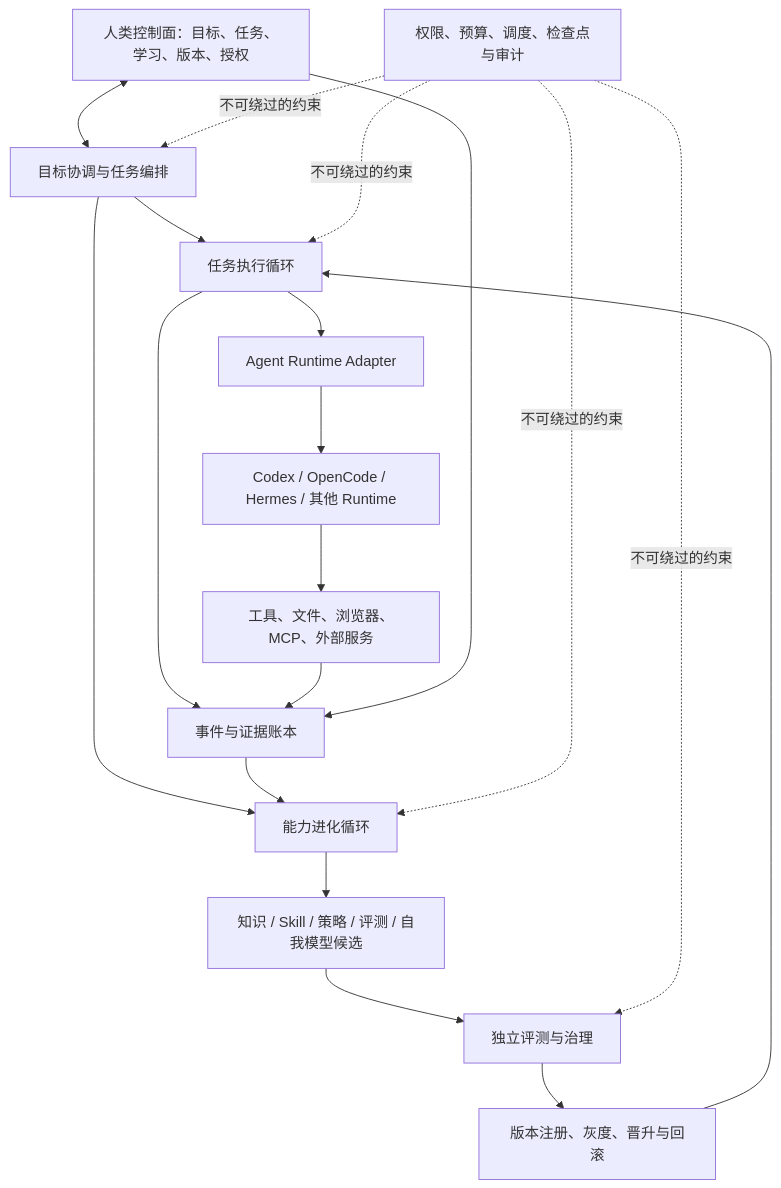
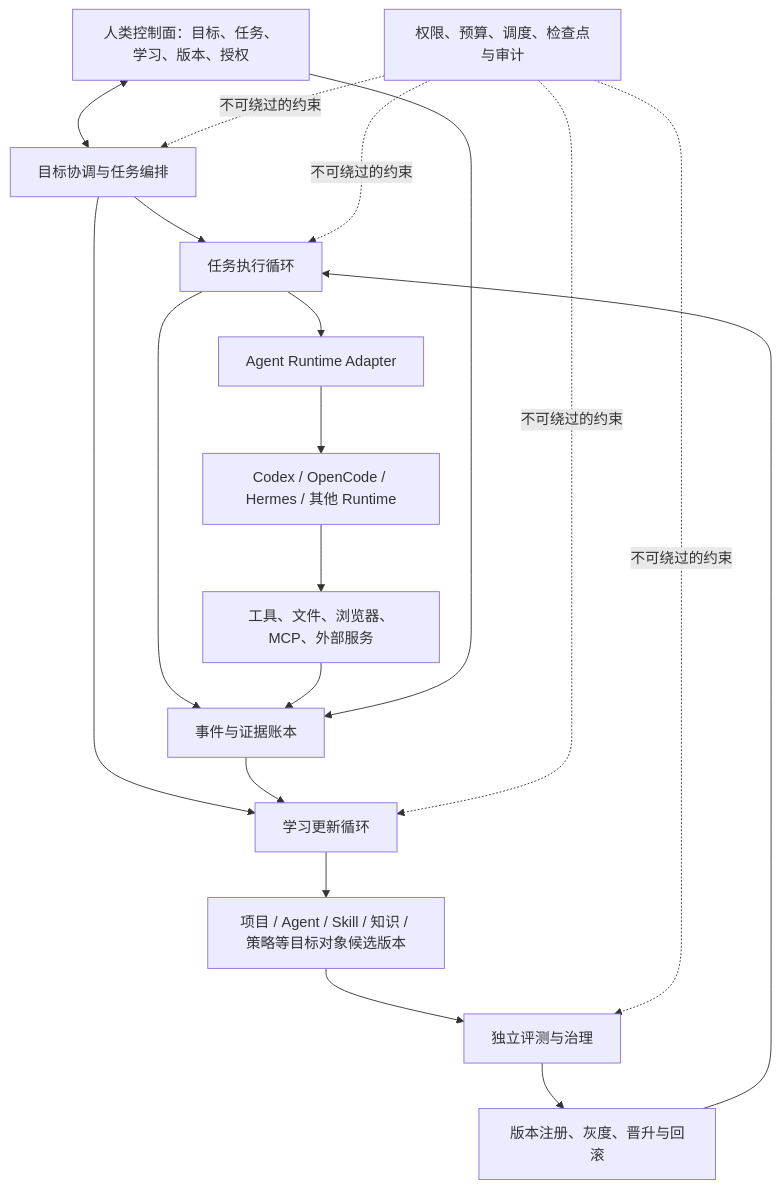
Before and after one commit to daydreamer0213/Tian-wen: the first of 2 diagrams in docs/continuous-learning-agent-research-notes.md, drawn with Mermaid. The commit also changed other lines of this file, not shown here.

````diff
--- a/docs/continuous-learning-agent-research-notes.md
+++ b/docs/continuous-learning-agent-research-notes.md
@@ -2241,26 +2241,26 @@
 ```mermaid
 flowchart TB
     H["人类控制面：目标、任务、学习、版本、授权"] <--> O["目标协调与任务编排"]
 
     O --> X["任务执行循环"]
-    O --> L["能力进化循环"]
+    O --> L["学习更新循环"]
 
     X --> A["Agent Runtime Adapter"]
     A --> R["Codex / OpenCode / Hermes / 其他 Runtime"]
     R --> T["工具、文件、浏览器、MCP、外部服务"]
 
     X --> E["事件与证据账本"]
     T --> E
     H --> E
 
     E --> L
-    L --> C["知识 / Skill / 策略 / 评测 / 自我模型候选"]
+    L --> C["项目 / Agent / Skill / 知识 / 策略等目标对象候选版本"]
     C --> V["独立评测与治理"]
     V --> G["版本注册、灰度、晋升与回滚"]
     G --> X
 
     P["权限、预算、调度、检查点与审计"] -. "不可绕过的约束" .-> O
     P -. "不可绕过的约束" .-> X
     P -. "不可绕过的约束" .-> L
     P -. "不可绕过的约束" .-> V
 ```
````
